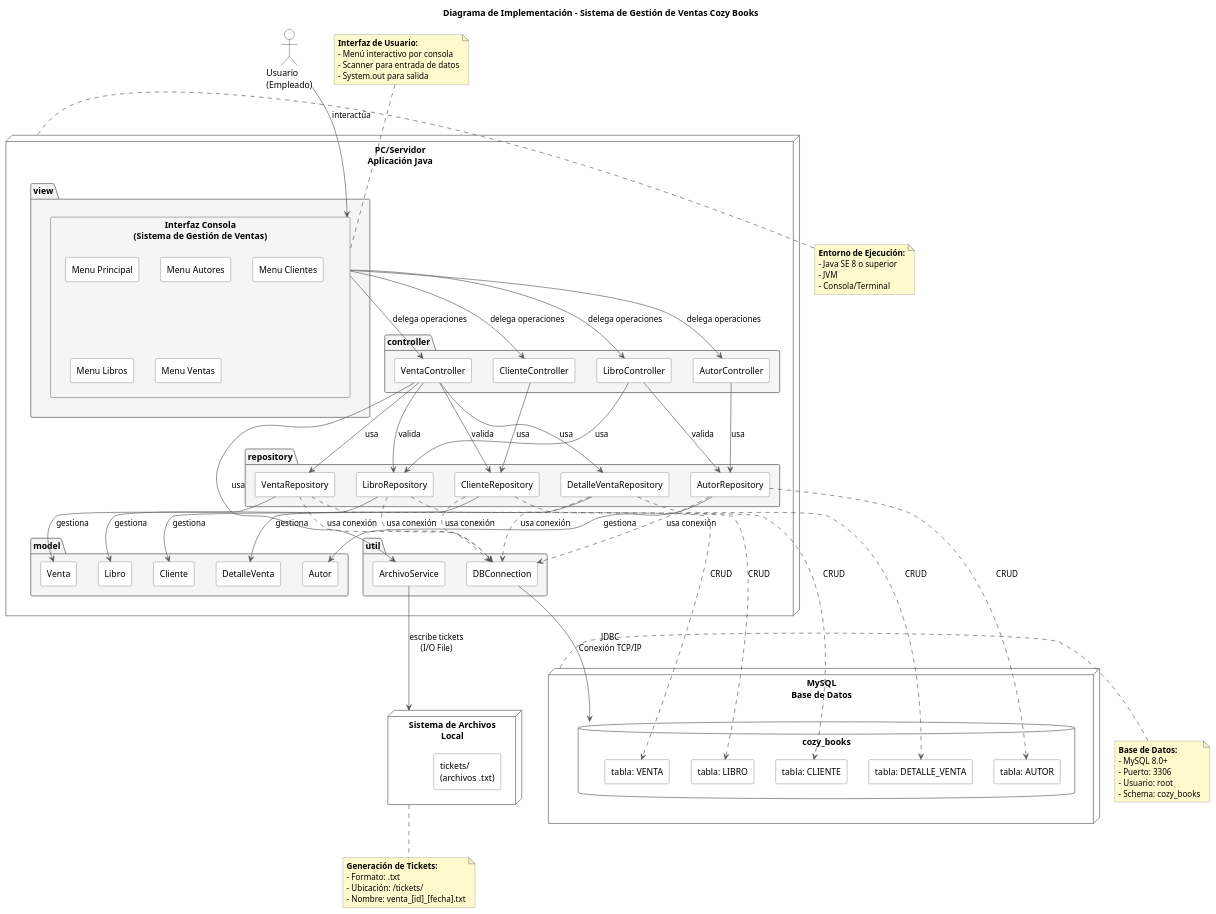
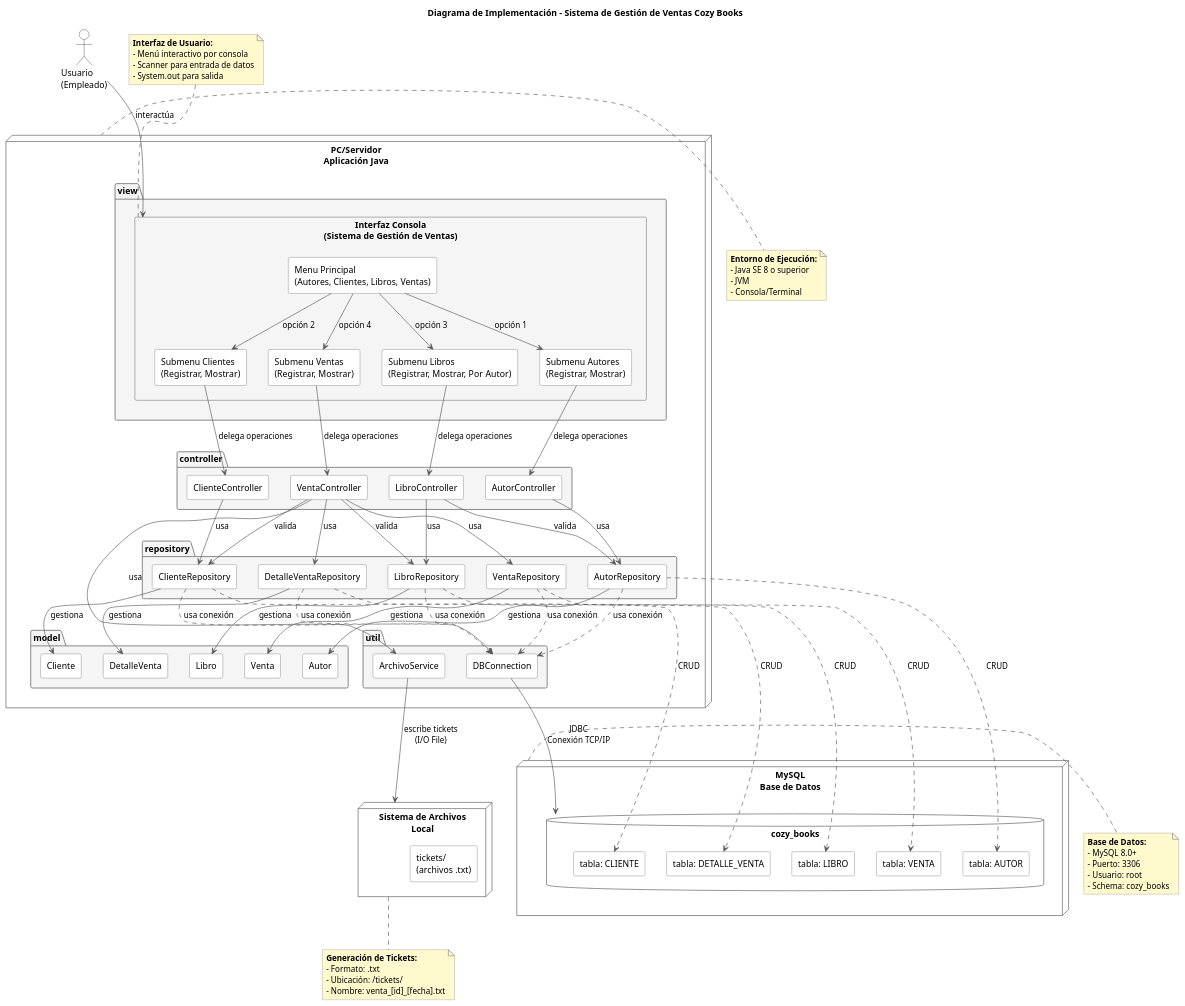
The diagram in documentacion/diagrama_implementacion.puml (DaianaArena/cozy-books), drawn with PlantUML before and after one commit. The commit also changed 2 other files, not shown here.

Commit message:
Refactor ShopView to implement separate menus for Autores, Clientes, Libros, and Ventas, enhancing user interaction. Update diagram to reflect new submenu relationships and controller delegations.

```diff
--- a/documentacion/diagrama_implementacion.puml
+++ b/documentacion/diagrama_implementacion.puml
@@ -43,11 +43,11 @@
     
     package "view" {
         component "Interfaz Consola\n(Sistema de Gestión de Ventas)" as View {
-            [Menu Principal]
-            [Menu Autores]
-            [Menu Clientes]
-            [Menu Libros]
-            [Menu Ventas]
+            [Menu Principal\n(Autores, Clientes, Libros, Ventas)] as MenuPrincipal
+            [Submenu Autores\n(Registrar, Mostrar)] as SubmenuAutores
+            [Submenu Clientes\n(Registrar, Mostrar)] as SubmenuClientes
+            [Submenu Libros\n(Registrar, Mostrar, Por Autor)] as SubmenuLibros
+            [Submenu Ventas\n(Registrar, Mostrar)] as SubmenuVentas
         }
     }
     
@@ -100,10 +100,23 @@
 
 Usuario --> View : "interactúa"
 
-View --> AutorCtrl : "delega operaciones"
-View --> ClienteCtrl : "delega operaciones"
-View --> LibroCtrl : "delega operaciones"
-View --> VentaCtrl : "delega operaciones"
+' ============================================
+' RELACIONES INTERNAS DE LA VIEW
+' ============================================
+
+MenuPrincipal --> SubmenuAutores : "opción 1"
+MenuPrincipal --> SubmenuClientes : "opción 2"
+MenuPrincipal --> SubmenuLibros : "opción 3"
+MenuPrincipal --> SubmenuVentas : "opción 4"
+
+' ============================================
+' RELACIONES SUBMENU - CONTROLLER
+' ============================================
+
+SubmenuAutores --> AutorCtrl : "delega operaciones"
+SubmenuClientes --> ClienteCtrl : "delega operaciones"
+SubmenuLibros --> LibroCtrl : "delega operaciones"
+SubmenuVentas --> VentaCtrl : "delega operaciones"
 
 ' ============================================
 ' RELACIONES CONTROLLER - CONTROLLER
```
